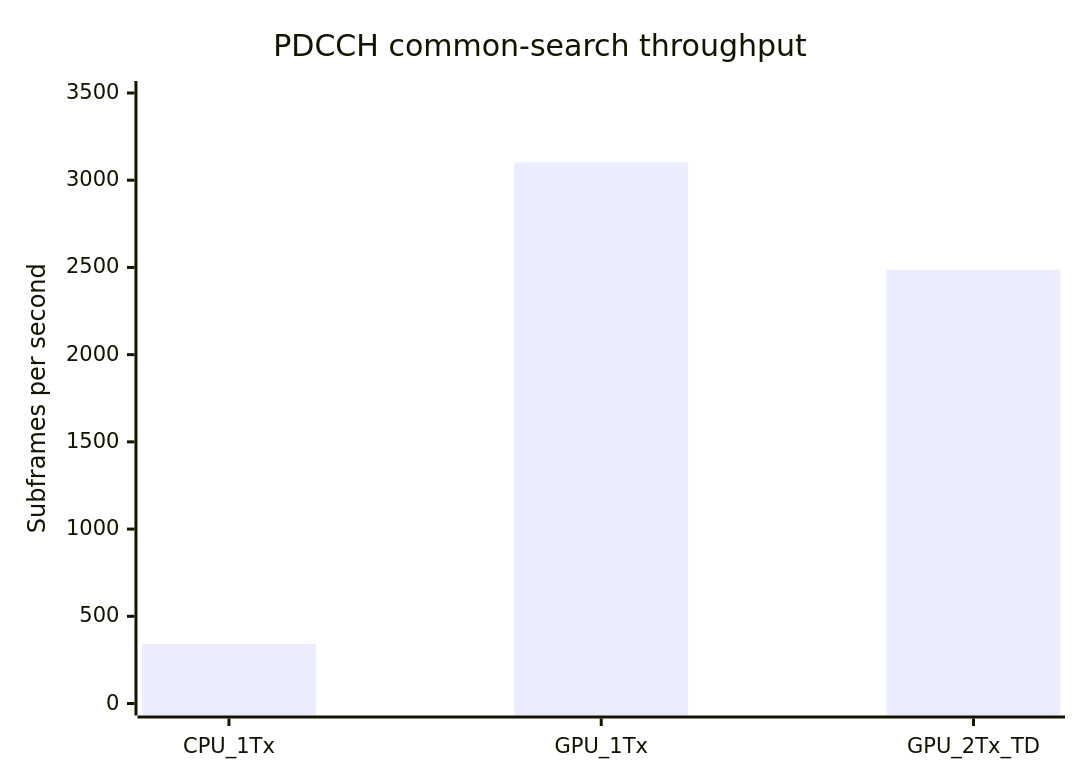
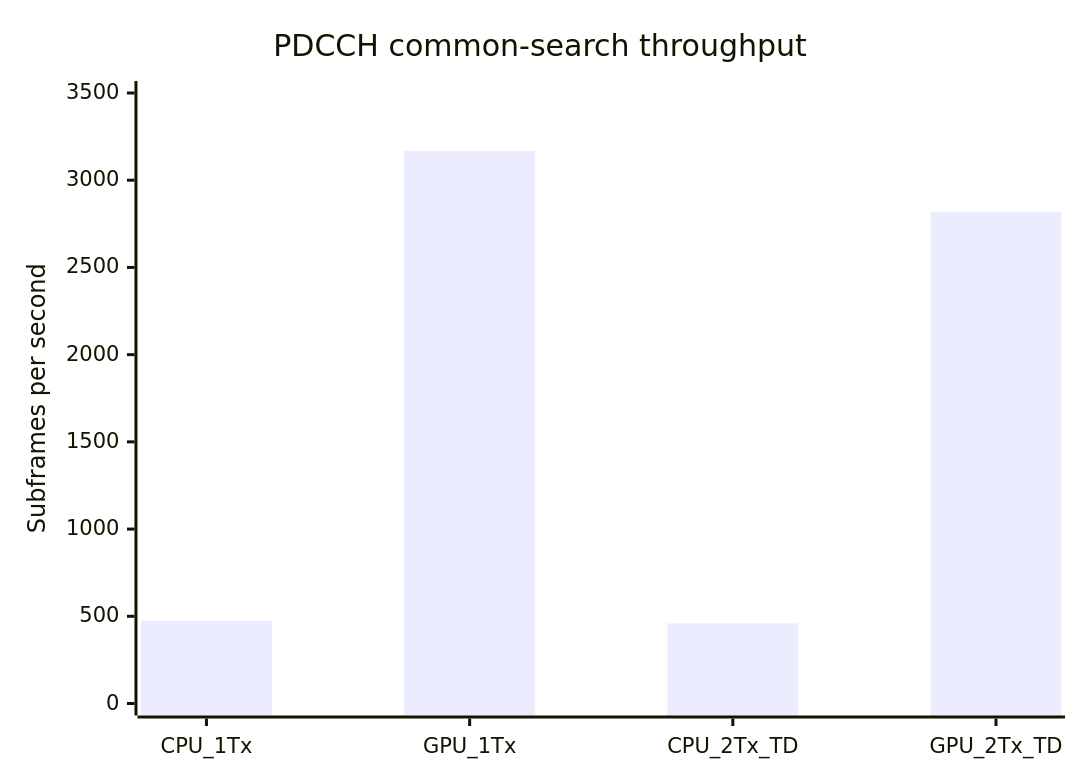
Before and after one commit to Wiseung/MMSE_CPP: the diagram in docs/pdcch_cpu_gpu_performance_analysis_2026-07-14.md, drawn with Mermaid. The commit also changed other lines of this file and 16 other files, not shown here.

````diff
--- a/docs/pdcch_cpu_gpu_performance_analysis_2026-07-14.md
+++ b/docs/pdcch_cpu_gpu_performance_analysis_2026-07-14.md
@@ -64,7 +67,7 @@
 ```mermaid
 xychart-beta
     title "PDCCH common-search throughput"
-    x-axis [CPU_1Tx, GPU_1Tx, GPU_2Tx_TD]
+    x-axis [CPU_1Tx, GPU_1Tx, CPU_2Tx_TD, GPU_2Tx_TD]
     y-axis "Subframes per second" 0 --> 3500
-    bar [340.67, 3102.31, 2486.65]
+    bar [474.78, 3168.09, 459.34, 2819.76]
 ```
````
